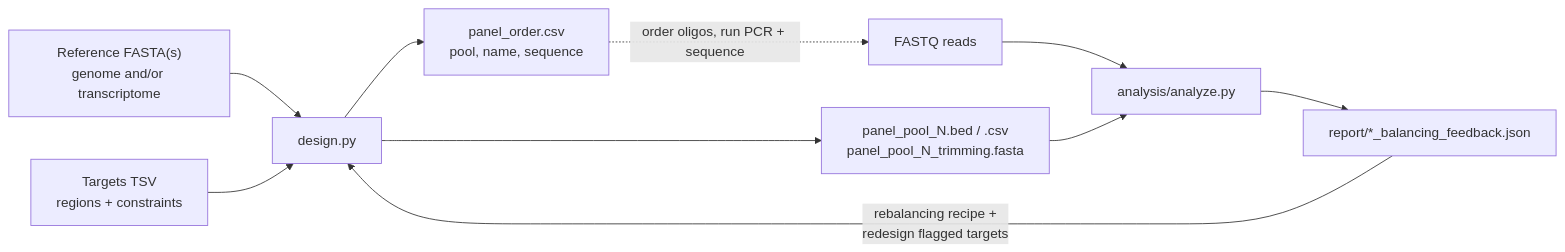
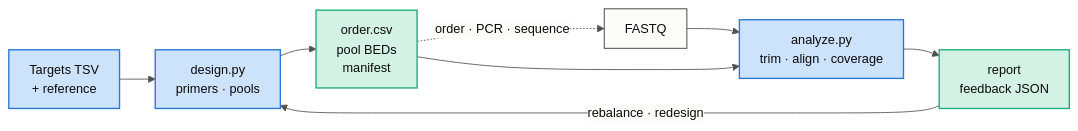
The first of 4 diagrams in README.md (AHumanBrain/my_amplicon_project), drawn with Mermaid before and after one commit. The commit also changed other lines of this file and 8 other files, not shown here.

````diff
--- a/README.md
+++ b/README.md
@@ -13,10 +11,15 @@
 ```mermaid
+%%{init: {"theme":"base","themeVariables":{"fontFamily":"Inter, system-ui, -apple-system, Segoe UI, sans-serif","fontSize":"15px","background":"#fcfcfb","primaryColor":"#cde2fb","primaryBorderColor":"#2a78d6","primaryTextColor":"#0b0b0b","secondaryColor":"#d3f1e5","tertiaryColor":"#fde1d6","lineColor":"#52514e","textColor":"#0b0b0b","clusterBkg":"#fcfcfb","clusterBorder":"#e4e3df","edgeLabelBackground":"#fcfcfb"},"flowchart":{"curve":"basis","nodeSpacing":30,"rankSpacing":42,"padding":12}}}%%
 flowchart LR
-    G["Reference FASTA(s)<br/>genome and/or transcriptome"] & T["Targets TSV<br/>regions + constraints"] --> D["design.py"]
-    D --> O["panel_order.csv<br/>pool, name, sequence"]
-    D --> B["panel_pool_N.bed / .csv<br/>panel_pool_N_trimming.fasta"]
-    O -. "order oligos, run PCR + sequence" .-> R["FASTQ reads"]
-    R & B --> N["analysis/analyze.py"]
-    N --> F["report/*_balancing_feedback.json"]
-    F -- "rebalancing recipe +<br/>redesign flagged targets" --> D
+    T["Targets TSV<br/>+ reference"]:::step --> D["design.py<br/>primers · pools"]:::step
+    D --> O["order.csv<br/>pool BEDs<br/>manifest"]:::out
+    O -. "order · PCR · sequence" .-> R["FASTQ"]:::plain
+    R --> A["analyze.py<br/>trim · align · coverage"]:::step
+    O --> A
+    A --> F["report<br/>feedback JSON"]:::out
+    F -- "rebalance · redesign" --> D
+    classDef step fill:#cde2fb,stroke:#2a78d6,stroke-width:1.6px,color:#0b0b0b
+    classDef out fill:#d3f1e5,stroke:#1baf7a,stroke-width:1.6px,color:#0b0b0b
+    classDef warn fill:#fde1d6,stroke:#eb6834,stroke-width:1.6px,color:#0b0b0b
+    classDef plain fill:#fcfcfb,stroke:#52514e,stroke-width:1.2px,color:#0b0b0b
 ```
````
